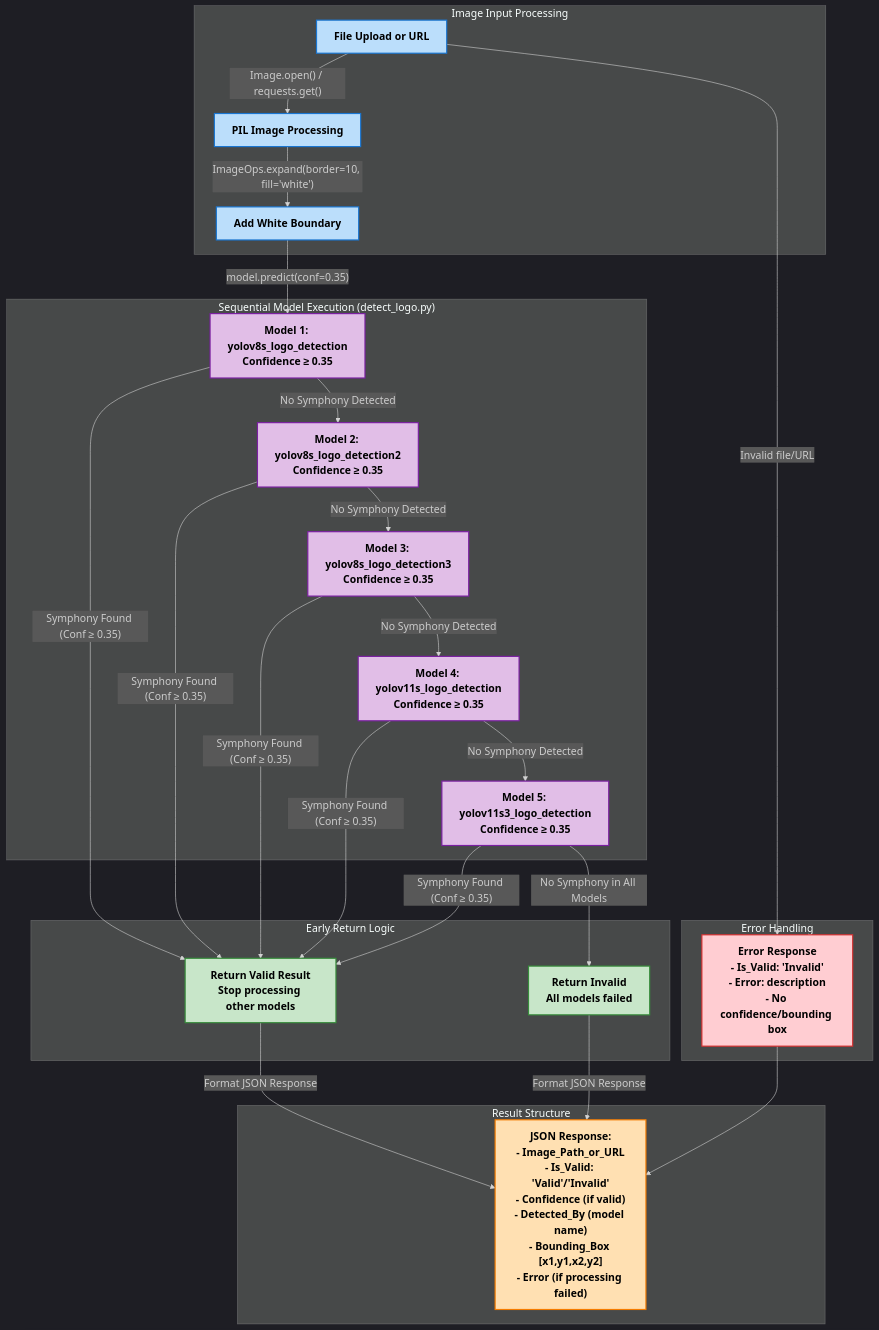
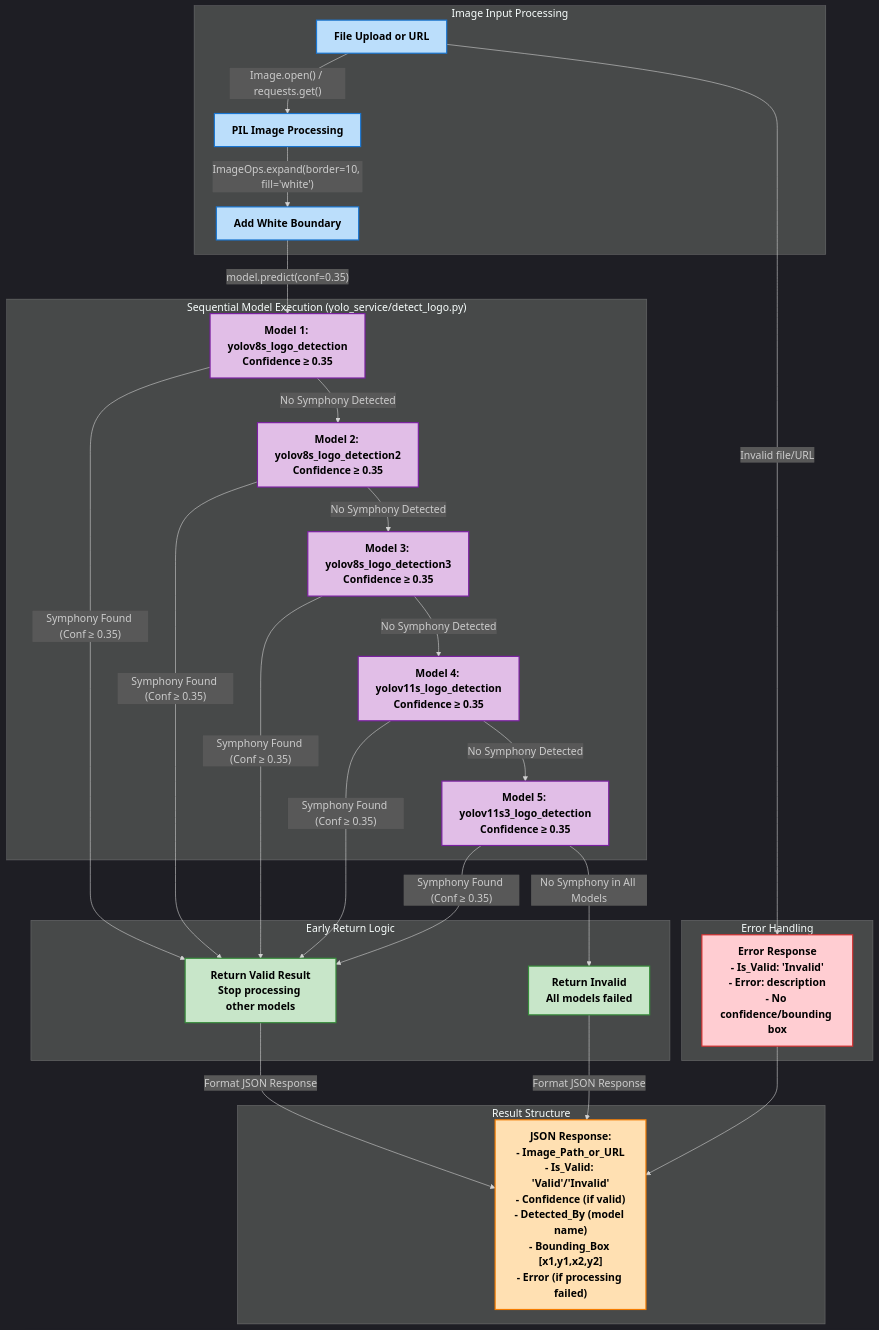
The fourth of 10 diagrams in README.md (Dhruv0306/SymphonyProject1), drawn with Mermaid before and after one commit. The commit also changed other lines of this file and 5 other files, not shown here.

````diff
--- a/README.md
+++ b/README.md
@@ -467,47 +514,47 @@
 ```mermaid
 %%{init: {'theme': 'dark', 'themeVariables': { 'fontFamily': 'arial', 'fontSize': '18px', 'fontWeight': 'bold'}}}%%
 graph TD
     subgraph "Image Input Processing"
         style A fill:#bbdefb,stroke:#1976d2,stroke-width:2px,color:#000000,font-weight:bold
         style B fill:#bbdefb,stroke:#1976d2,stroke-width:2px,color:#000000,font-weight:bold
         style C fill:#bbdefb,stroke:#1976d2,stroke-width:2px,color:#000000,font-weight:bold
         A["File Upload or URL"] -->|"Image.open() / requests.get()"| B["PIL Image Processing"]
         B -->|"ImageOps.expand(border=10, fill='white')"| C["Add White Boundary"]
     end
 
-    subgraph "Sequential Model Execution (detect_logo.py)"
+    subgraph "Sequential Model Execution (yolo_service/detect_logo.py)"
         style D1 fill:#e1bee7,stroke:#7b1fa2,stroke-width:2px,color:#000000,font-weight:bold
         style D2 fill:#e1bee7,stroke:#7b1fa2,stroke-width:2px,color:#000000,font-weight:bold
         style D3 fill:#e1bee7,stroke:#7b1fa2,stroke-width:2px,color:#000000,font-weight:bold
         style D4 fill:#e1bee7,stroke:#7b1fa2,stroke-width:2px,color:#000000,font-weight:bold
         style D5 fill:#e1bee7,stroke:#7b1fa2,stroke-width:2px,color:#000000,font-weight:bold
         C -->|"model.predict(conf=0.35)"| D1["Model 1: yolov8s_logo_detection<br/>Confidence ≥ 0.35"]
         D1 -->|"No Symphony Detected"| D2["Model 2: yolov8s_logo_detection2<br/>Confidence ≥ 0.35"]
         D2 -->|"No Symphony Detected"| D3["Model 3: yolov8s_logo_detection3<br/>Confidence ≥ 0.35"]
         D3 -->|"No Symphony Detected"| D4["Model 4: yolov11s_logo_detection<br/>Confidence ≥ 0.35"]
         D4 -->|"No Symphony Detected"| D5["Model 5: yolov11s3_logo_detection<br/>Confidence ≥ 0.35"]
     end
 
     subgraph "Early Return Logic"
         style E1 fill:#c8e6c9,stroke:#388e3c,stroke-width:2px,color:#000000,font-weight:bold
         style E2 fill:#c8e6c9,stroke:#388e3c,stroke-width:2px,color:#000000,font-weight:bold
         D1 -->|"Symphony Found (Conf ≥ 0.35)"| E1["Return Valid Result<br/>Stop processing other models"]
         D2 -->|"Symphony Found (Conf ≥ 0.35)"| E1
         D3 -->|"Symphony Found (Conf ≥ 0.35)"| E1
         D4 -->|"Symphony Found (Conf ≥ 0.35)"| E1
         D5 -->|"Symphony Found (Conf ≥ 0.35)"| E1
         D5 -->|"No Symphony in All Models"| E2["Return Invalid<br/>All models failed"]
     end
 
     subgraph "Result Structure"
         style F fill:#ffe0b2,stroke:#f57c00,stroke-width:2px,color:#000000,font-weight:bold
         E1 -->|"Format JSON Response"| F["JSON Response:<br/>- Image_Path_or_URL<br/>- Is_Valid: 'Valid'/'Invalid'<br/>- Confidence (if valid)<br/>- Detected_By (model name)<br/>- Bounding_Box [x1,y1,x2,y2]<br/>- Error (if processing failed)"]
         E2 -->|"Format JSON Response"| F
     end
 
     subgraph "Error Handling"
         style G fill:#ffcdd2,stroke:#d32f2f,stroke-width:2px,color:#000000,font-weight:bold
         A -->|"Invalid file/URL"| G["Error Response<br/>- Is_Valid: 'Invalid'<br/>- Error: description<br/>- No confidence/bounding box"]
         G --> F
     end
 ```
````
